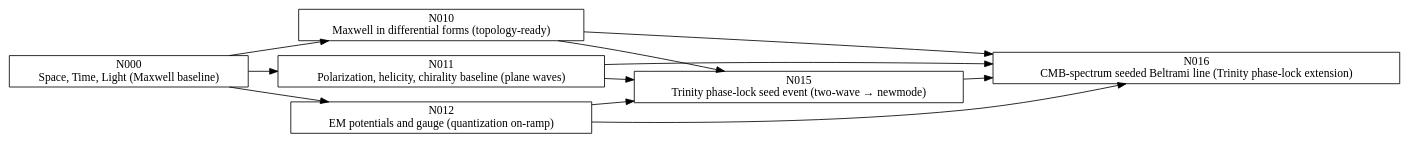
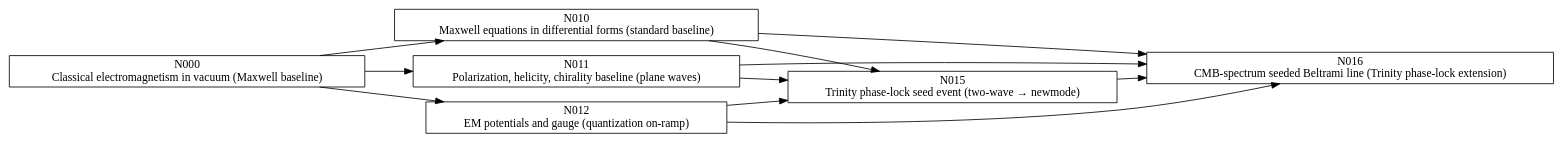
One commit to WeBeGood/Atom2.1-ToE changed the diagram in TREE.dot. Above: the diagram before and after it, drawn with Graphviz. The commit also changed 29 other files, not shown here.

Commit message:
Formalize Maxwell baseline and verification

```diff
--- a/TREE.dot
+++ b/TREE.dot
@@ -1,20 +1,20 @@
 digraph Atom21Nodes {
   rankdir=LR;
   node [shape=box];
-  "N000" [label="N000\nSpace, Time, Light (Maxwell baseline)"]; 
-  "N010" [label="N010\nMaxwell in differential forms (topology-ready)"]; 
-  "N011" [label="N011\nPolarization, helicity, chirality baseline (plane waves)"]; 
-  "N012" [label="N012\nEM potentials and gauge (quantization on-ramp)"]; 
-  "N015" [label="N015\nTrinity phase-lock seed event (two-wave → newmode)"]; 
-  "N016" [label="N016\nCMB-spectrum seeded Beltrami line (Trinity phase-lock extension)"]; 
+  "N000" [label="N000\nClassical electromagnetism in vacuum (Maxwell baseline)"];
+  "N010" [label="N010\nMaxwell equations in differential forms (standard baseline)"];
+  "N011" [label="N011\nPolarization, helicity, chirality baseline (plane waves)"];
+  "N012" [label="N012\nEM potentials and gauge (quantization on-ramp)"];
+  "N015" [label="N015\nTrinity phase-lock seed event (two-wave → newmode)"];
+  "N016" [label="N016\nCMB-spectrum seeded Beltrami line (Trinity phase-lock extension)"];
   "N000" -> "N010";
   "N000" -> "N011";
   "N000" -> "N012";
   "N010" -> "N015";
   "N011" -> "N015";
   "N012" -> "N015";
   "N015" -> "N016";
   "N010" -> "N016";
   "N011" -> "N016";
   "N012" -> "N016";
 }
```
